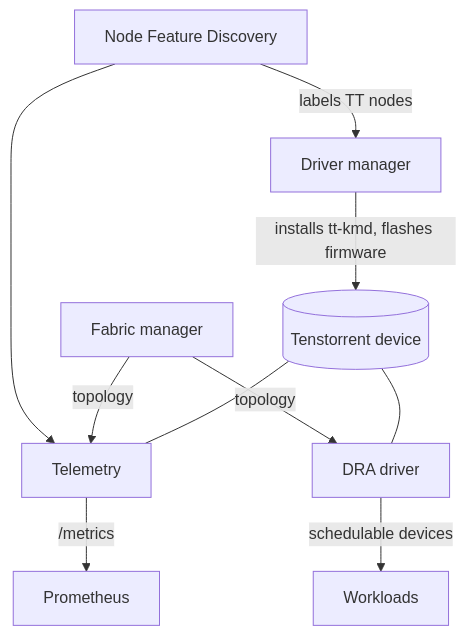
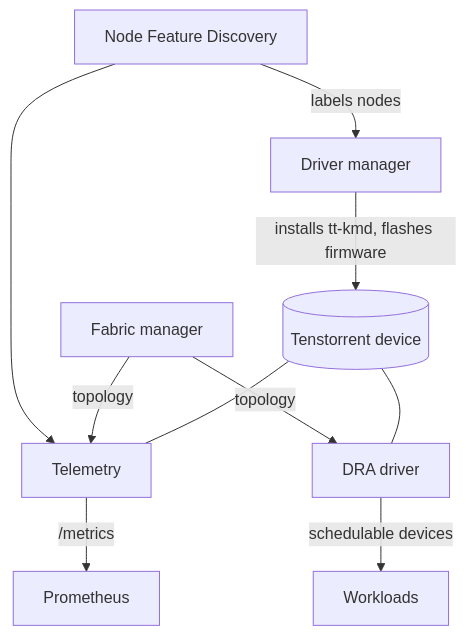
Before and after one commit to tenstorrent/tt-operator: the diagram in docs/overview.md, drawn with Mermaid. The commit also changed other lines of this file and 16 other files, not shown here.

````diff
--- a/docs/overview.md
+++ b/docs/overview.md
@@ -24,12 +24,12 @@
 ```{mermaid}
 flowchart TD
-    NFD[Node Feature Discovery] -->|labels TT nodes| DM[Driver manager]
+    NFD[Node Feature Discovery] -->|labels nodes| DM[Driver manager]
     NFD --> TEL[Telemetry]
     DM -->|installs tt-kmd, flashes firmware| DEV[(Tenstorrent device)]
     TEL -->|/metrics| PROM[Prometheus]
     FM[Fabric manager] -->|topology| DRA[DRA driver]
     FM -->|topology| TEL
     DRA -->|schedulable devices| WL[Workloads]
     DEV --- TEL
     DEV --- DRA
 ```
````
